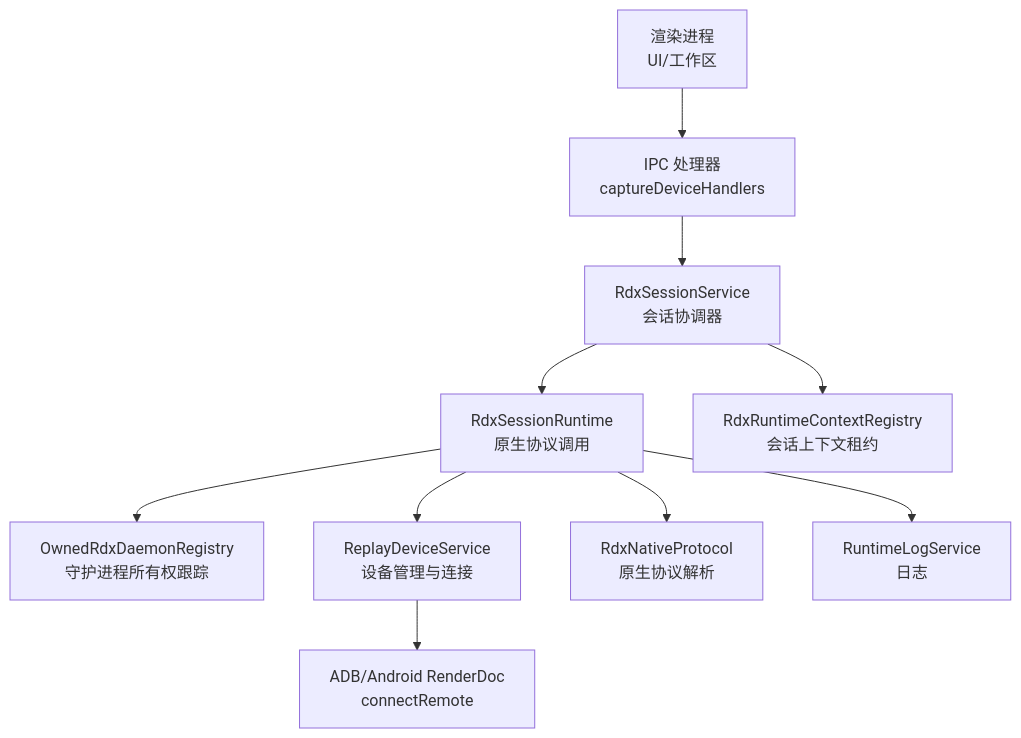
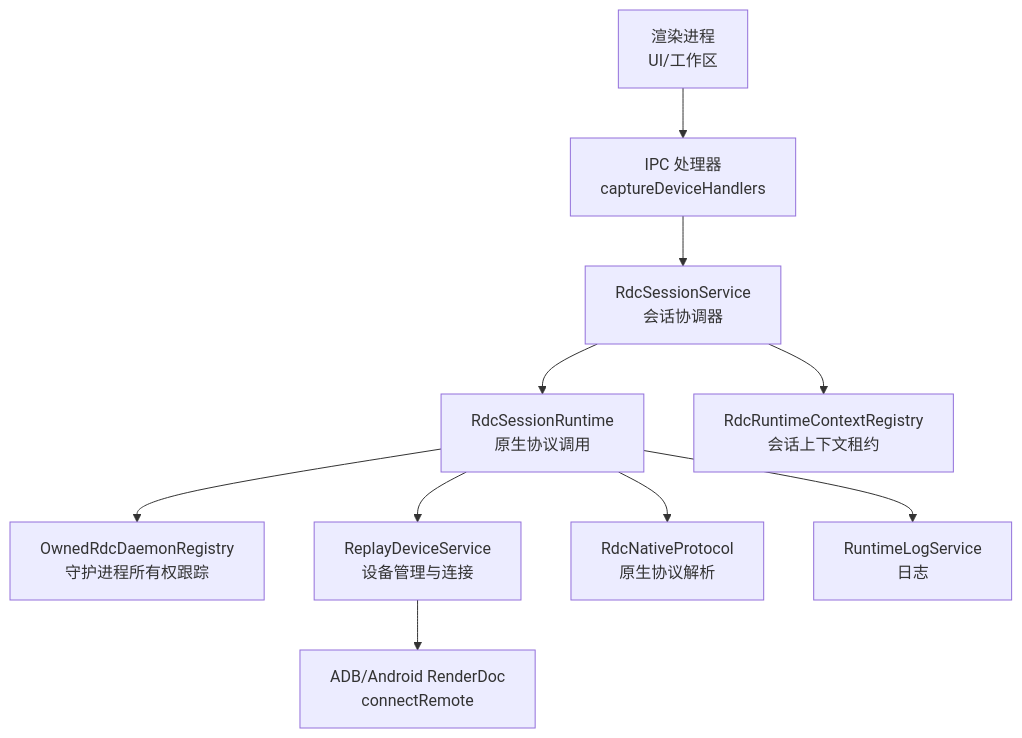
Before and after one commit to haolange/RDC-Agent: the first of 7 diagrams in .qoder/repowiki/zh/content/核心模块/会话管理系统/会话生命周期管理.md, drawn with Mermaid. The commit also changed other lines of this file and 557 other files, not shown here.

````diff
--- a/.qoder/repowiki/zh/content/核心模块/会话管理系统/会话生命周期管理.md
+++ b/.qoder/repowiki/zh/content/核心模块/会话管理系统/会话生命周期管理.md
@@ -46,12 +46,12 @@
 ```mermaid
 graph TB
 UI["渲染进程<br/>UI/工作区"] --> IPC["IPC 处理器<br/>captureDeviceHandlers"]
-IPC --> Svc["RdxSessionService<br/>会话协调器"]
-Svc --> Runtime["RdxSessionRuntime<br/>原生协议调用"]
-Runtime --> DaemonReg["OwnedRdxDaemonRegistry<br/>守护进程所有权跟踪"]
+IPC --> Svc["RdcSessionService<br/>会话协调器"]
+Svc --> Runtime["RdcSessionRuntime<br/>原生协议调用"]
+Runtime --> DaemonReg["OwnedRdcDaemonRegistry<br/>守护进程所有权跟踪"]
 Runtime --> Dev["ReplayDeviceService<br/>设备管理与连接"]
-Runtime --> Native["RdxNativeProtocol<br/>原生协议解析"]
-Svc --> Ctx["RdxRuntimeContextRegistry<br/>会话上下文租约"]
+Runtime --> Native["RdcNativeProtocol<br/>原生协议解析"]
+Svc --> Ctx["RdcRuntimeContextRegistry<br/>会话上下文租约"]
 Dev --> ADB["ADB/Android RenderDoc<br/>connectRemote"]
 Runtime --> Log["RuntimeLogService<br/>日志"]
 ```
````
